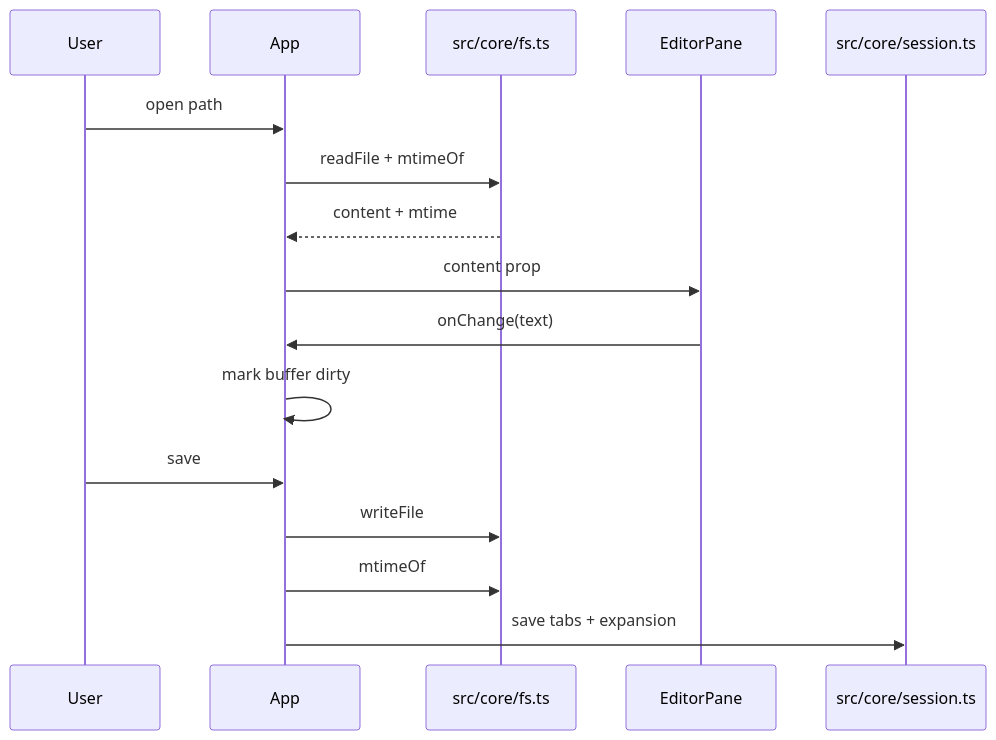
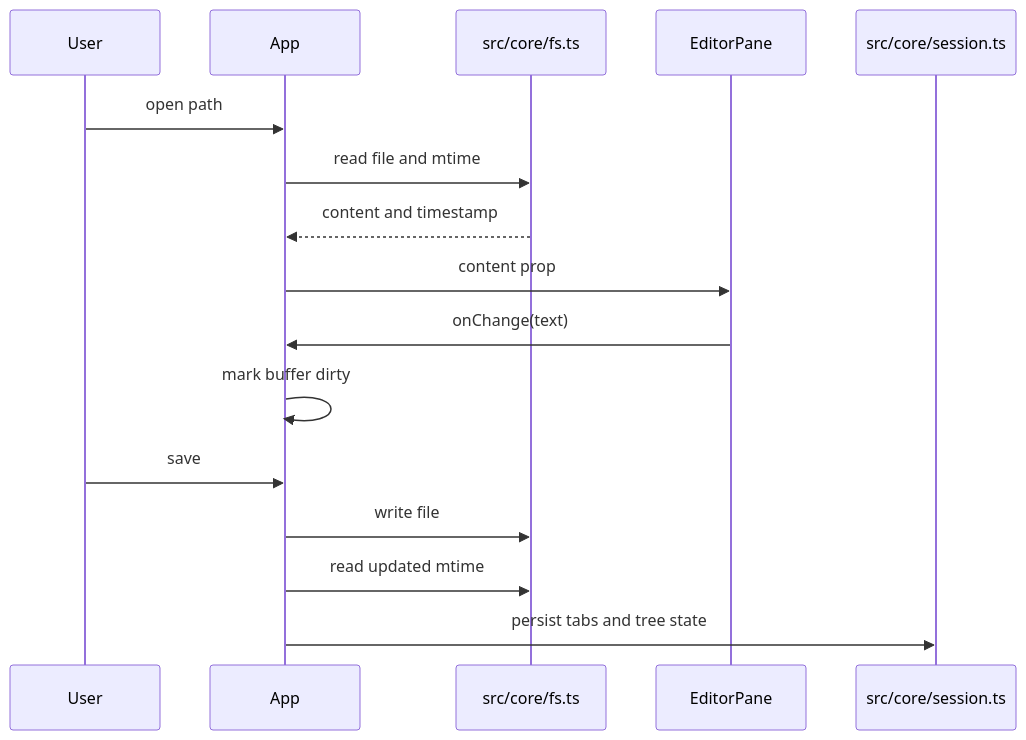
The fourth of 8 diagrams in docs/architecture.md (dotbrains/dune), drawn with Mermaid before and after one commit. The commit also changed other lines of this file and 4 other files, not shown here.

````diff
--- a/docs/architecture.md
+++ b/docs/architecture.md
@@ -61,19 +90,19 @@
 ```mermaid
 sequenceDiagram
   participant User
   participant App
   participant FS as src/core/fs.ts
   participant Editor as EditorPane
   participant Session as src/core/session.ts
 
   User->>App: open path
-  App->>FS: readFile + mtimeOf
-  FS-->>App: content + mtime
+  App->>FS: read file and mtime
+  FS-->>App: content and timestamp
   App->>Editor: content prop
   Editor->>App: onChange(text)
   App->>App: mark buffer dirty
   User->>App: save
-  App->>FS: writeFile
-  App->>FS: mtimeOf
-  App->>Session: save tabs + expansion
+  App->>FS: write file
+  App->>FS: read updated mtime
+  App->>Session: persist tabs and tree state
 ```
````
